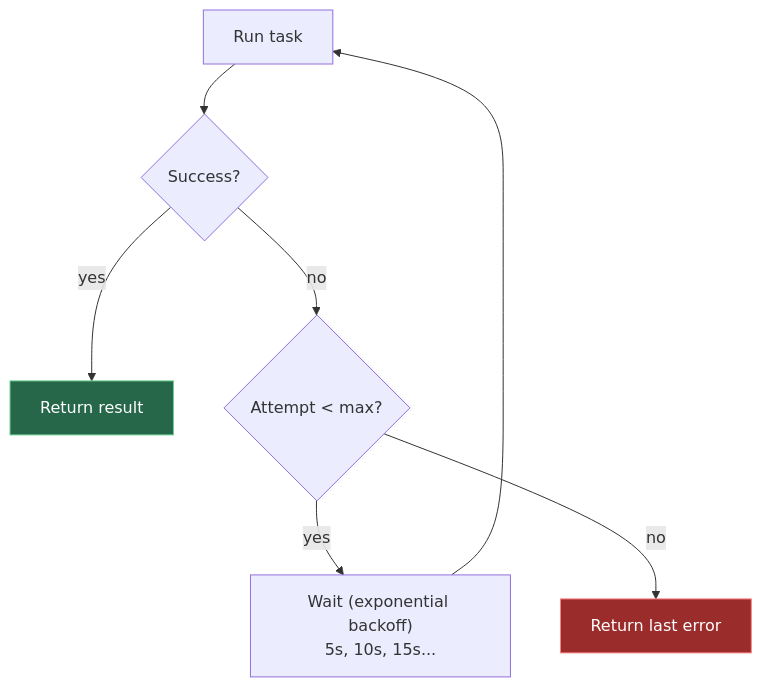
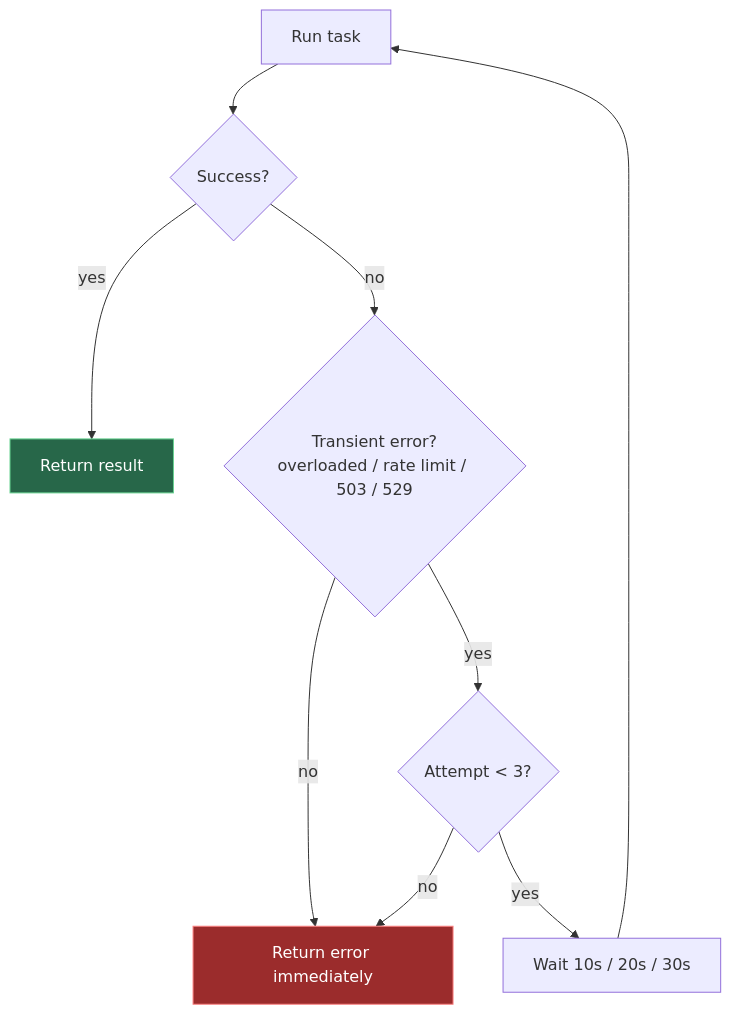
One commit to mhd12e/MAS changed the second of 2 diagrams in docs/guides/errors.md. Above: the diagram before and after it, drawn with Mermaid. The commit also changed other lines of this file and 3 other files, not shown here.

````diff
--- a/docs/guides/errors.md
+++ b/docs/guides/errors.md
@@ -256,12 +271,14 @@
 ```mermaid
 graph TD
     RUN["Run task"] --> CHECK{"Success?"}
     CHECK -->|"yes"| DONE["Return result"]
-    CHECK -->|"no"| ATTEMPT{"Attempt < max?"}
-    ATTEMPT -->|"yes"| WAIT["Wait (exponential backoff)<br/>5s, 10s, 15s..."]
+    CHECK -->|"no"| TRANSIENT{"Transient error?<br/>overloaded / rate limit / 503 / 529"}
+    TRANSIENT -->|"no"| FAIL["Return error immediately"]
+    TRANSIENT -->|"yes"| ATTEMPT{"Attempt < 3?"}
+    ATTEMPT -->|"yes"| WAIT["Wait 10s / 20s / 30s"]
     WAIT --> RUN
-    ATTEMPT -->|"no"| FAIL["Return last error"]
+    ATTEMPT -->|"no"| FAIL
 
     style DONE fill:#276749,stroke:#68d391,color:#fff
     style FAIL fill:#9b2c2c,stroke:#fc8181,color:#fff
 ```
````
